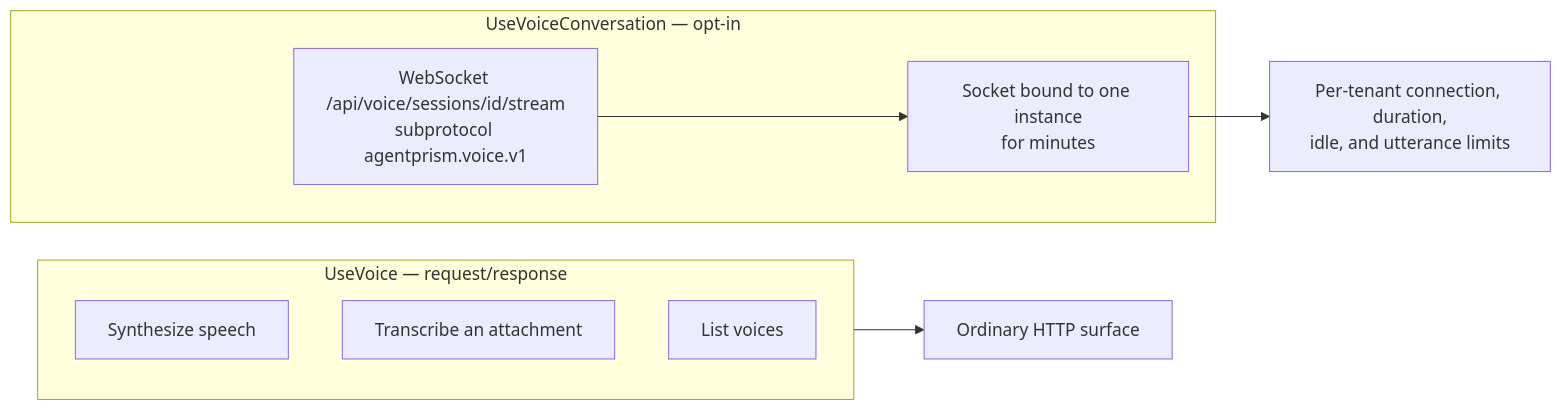
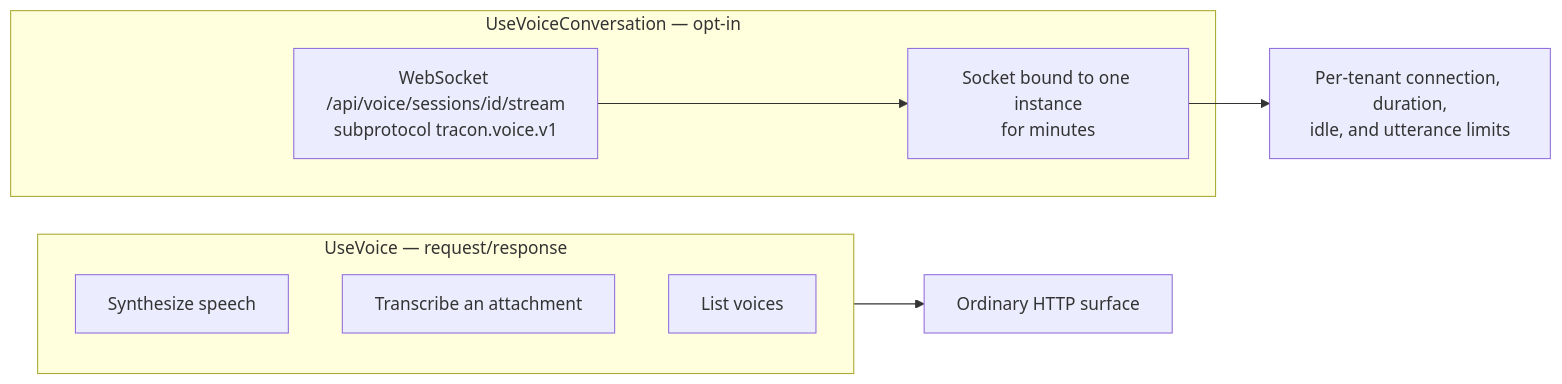
One commit to farukatasoy/Tracon changed the first of 2 diagrams in docs-site/src/content/docs/guides/voice.md. Above: the diagram before and after it, drawn with Mermaid. The commit also changed other lines of this file and 4170 other files, not shown here.

````diff
--- a/docs-site/src/content/docs/guides/voice.md
+++ b/docs-site/src/content/docs/guides/voice.md
@@ -22,17 +22,17 @@
 ```mermaid
 flowchart LR
     accTitle: The two voice layers and their hosting cost
     accDescr: UseVoice adds request and response speech tools over the ordinary HTTP surface. UseVoiceConversation additionally maps a WebSocket route and binds a socket to one instance for the length of the conversation, which is why it is opt-in.
     subgraph Tools["UseVoice — request/response"]
         SYN["Synthesize speech"]
         TRN["Transcribe an attachment"]
         LST["List voices"]
     end
     subgraph Live["UseVoiceConversation — opt-in"]
-        WS["WebSocket /api/voice/sessions/id/stream<br/>subprotocol agentprism.voice.v1"]
+        WS["WebSocket /api/voice/sessions/id/stream<br/>subprotocol tracon.voice.v1"]
         BOUND["Socket bound to one instance<br/>for minutes"]
     end
     Tools --> HTTP["Ordinary HTTP surface"]
     WS --> BOUND
     BOUND --> LIMITS["Per-tenant connection, duration,<br/>idle, and utterance limits"]
 ```
````
